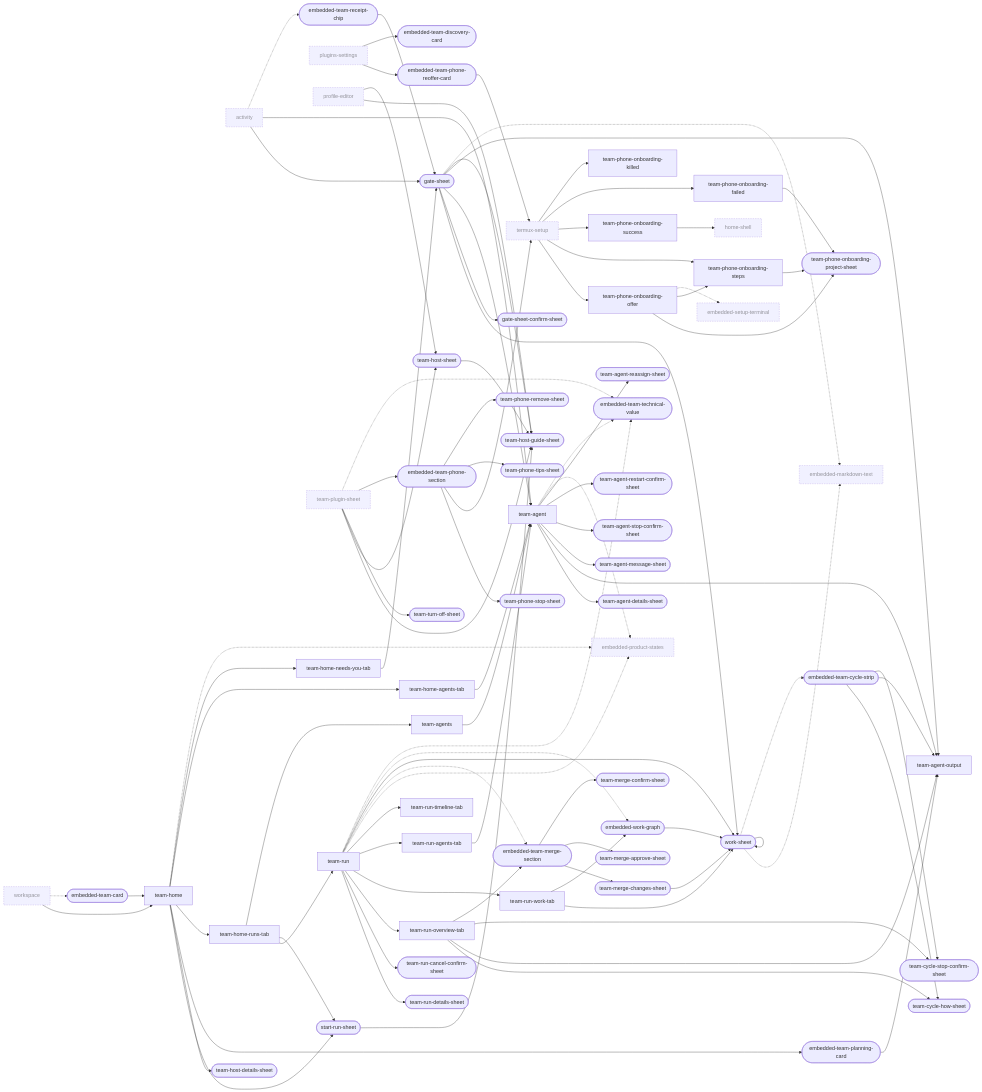
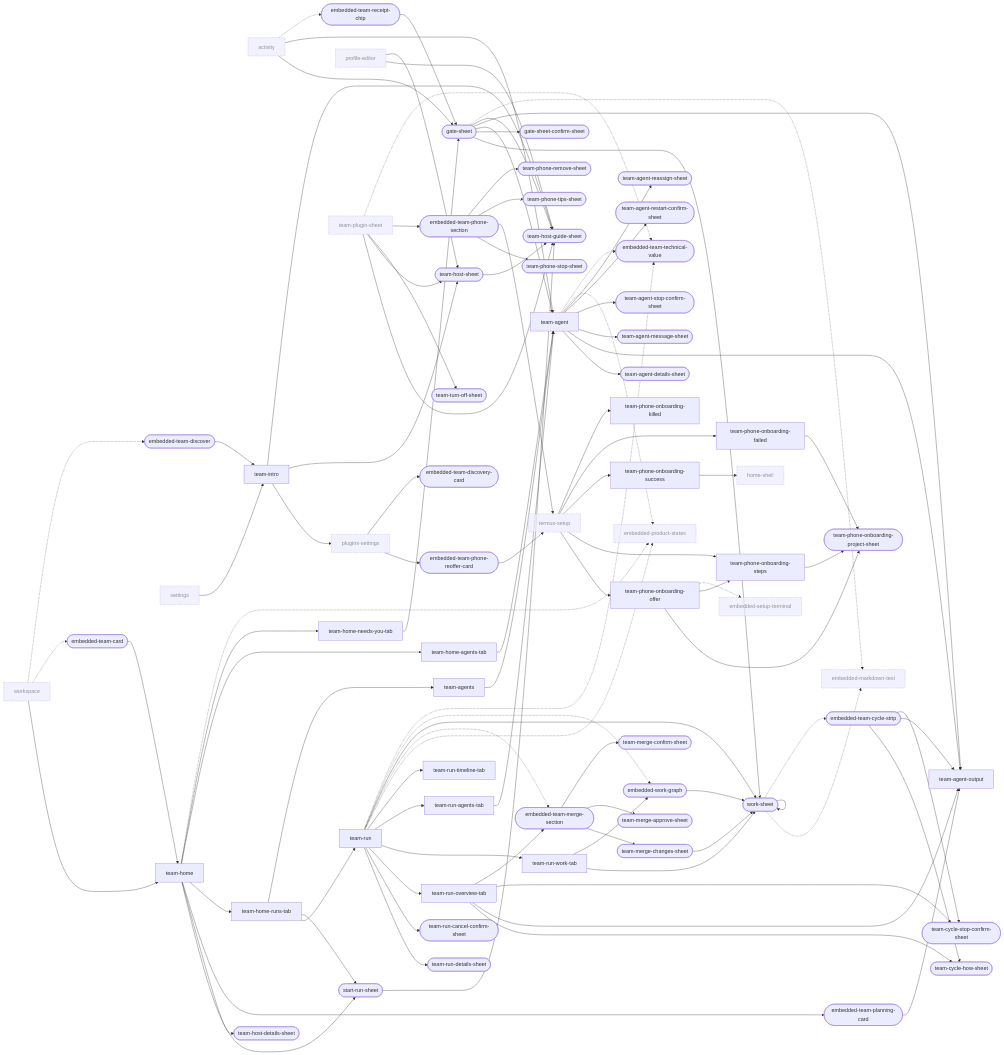
One commit to Breskott/opencode-mobile-next changed the seventh of 10 diagrams in docs/design/ui-ledger/navigation.md. Above: the diagram before and after it, drawn with Mermaid. The commit also changed other lines of this file and 46 other files, not shown here.

```diff
--- a/docs/design/ui-ledger/navigation.md
+++ b/docs/design/ui-ledger/navigation.md
@@ -989,6 +991,7 @@
   embedded_setup_terminal["embedded-setup-terminal"]:::ext
   embedded_team_card(["embedded-team-card"])
   embedded_team_cycle_strip(["embedded-team-cycle-strip"])
+  embedded_team_discover(["embedded-team-discover"])
   embedded_team_discovery_card(["embedded-team-discovery-card"])
   embedded_team_merge_section(["embedded-team-merge-section"])
   embedded_team_phone_reoffer_card(["embedded-team-phone-reoffer-card"])
@@ -1002,6 +1005,7 @@
   home_shell["home-shell"]:::ext
   plugins_settings["plugins-settings"]:::ext
   profile_editor["profile-editor"]:::ext
+  settings["settings"]:::ext
   start_run_sheet(["start-run-sheet"])
   team_agent["team-agent"]
   team_agent_details_sheet(["team-agent-details-sheet"])
@@ -1020,6 +1024,7 @@
   team_host_details_sheet(["team-host-details-sheet"])
   team_host_guide_sheet(["team-host-guide-sheet"])
   team_host_sheet(["team-host-sheet"])
+  team_intro["team-intro"]
   team_merge_approve_sheet(["team-merge-approve-sheet"])
   team_merge_changes_sheet(["team-merge-changes-sheet"])
   team_merge_confirm_sheet(["team-merge-confirm-sheet"])
@@ -1077,6 +1082,10 @@
   embedded_team_cycle_strip --> team_cycle_stop_confirm_sheet
   embedded_team_card --> team_home
   embedded_team_receipt_chip --> gate_sheet
+  team_intro --> plugins_settings
+  team_intro --> team_host_sheet
+  team_intro --> team_host_guide_sheet
+  embedded_team_discover --> team_intro
   gate_sheet --> work_sheet
   gate_sheet --> gate_sheet_confirm_sheet
   gate_sheet --> team_agent
@@ -1100,6 +1109,7 @@
   embedded_team_phone_section --> team_phone_remove_sheet
   embedded_team_phone_reoffer_card --> termux_setup
   team_host_sheet --> team_host_guide_sheet
+  settings --> team_intro
   team_plugin_sheet --> team_host_guide_sheet
   team_plugin_sheet --> team_host_sheet
   team_plugin_sheet --> team_turn_off_sheet
@@ -1120,6 +1130,7 @@
   work_sheet -.-> embedded_team_cycle_strip
   workspace -.-> embedded_team_card
   activity -.-> embedded_team_receipt_chip
+  workspace -.-> embedded_team_discover
   team_run -.-> embedded_team_merge_section
   team_run --> work_sheet
   team_run_work_tab --> embedded_work_graph
```
